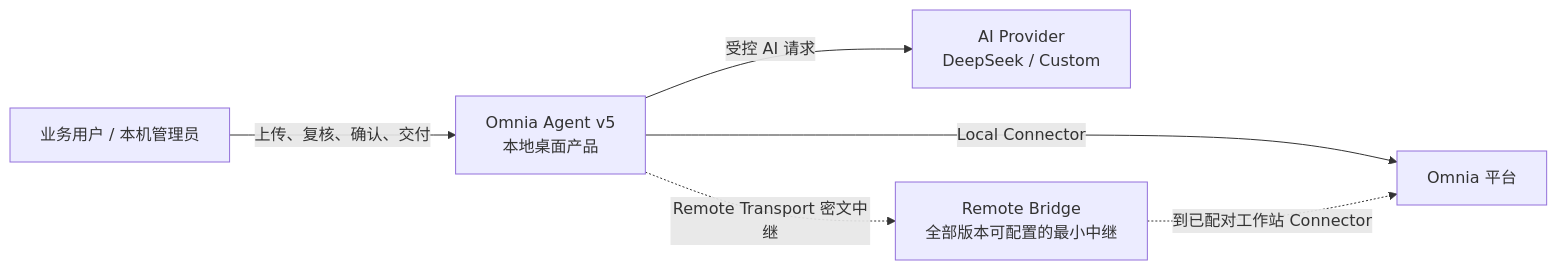
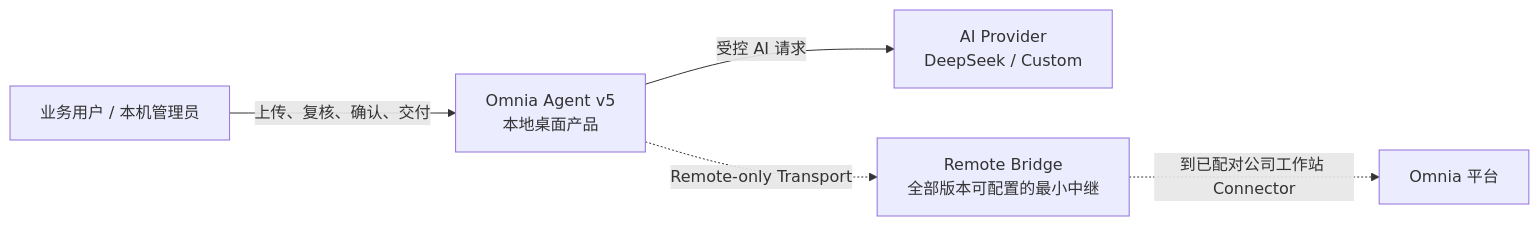
The first of 7 diagrams in docs/architecture/SYSTEM_ARCHITECTURE.md (coAtlus0916/omnia-agent-v2), drawn with Mermaid before and after one commit. The commit also changed other lines of this file and 101 other files, not shown here.

Commit message:
feat: make Omnia Agent v5 Remote-only

````diff
--- a/docs/architecture/SYSTEM_ARCHITECTURE.md
+++ b/docs/architecture/SYSTEM_ARCHITECTURE.md
@@ -43,14 +43,13 @@
 ```mermaid
 flowchart LR
     U["业务用户 / 本机管理员"]
     V5["Omnia Agent v5<br/>本地桌面产品"]
     O["Omnia 平台"]
     AI["AI Provider<br/>DeepSeek / Custom"]
     RB["Remote Bridge<br/>全部版本可配置的最小中继"]
 
     U -->|"上传、复核、确认、交付"| V5
     V5 -->|"受控 AI 请求"| AI
-    V5 -->|"Local Connector"| O
-    V5 -.->|"Remote Transport 密文中继"| RB
-    RB -.->|"到已配对工作站 Connector"| O
+    V5 -.->|"Remote-only Transport"| RB
+    RB -.->|"到已配对公司工作站 Connector"| O
 ```
````
